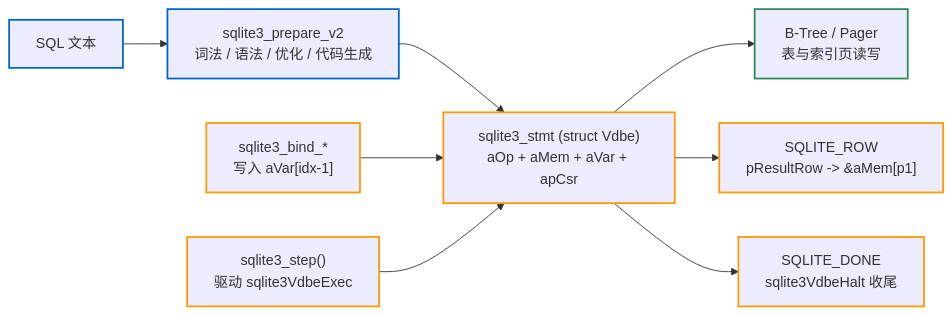
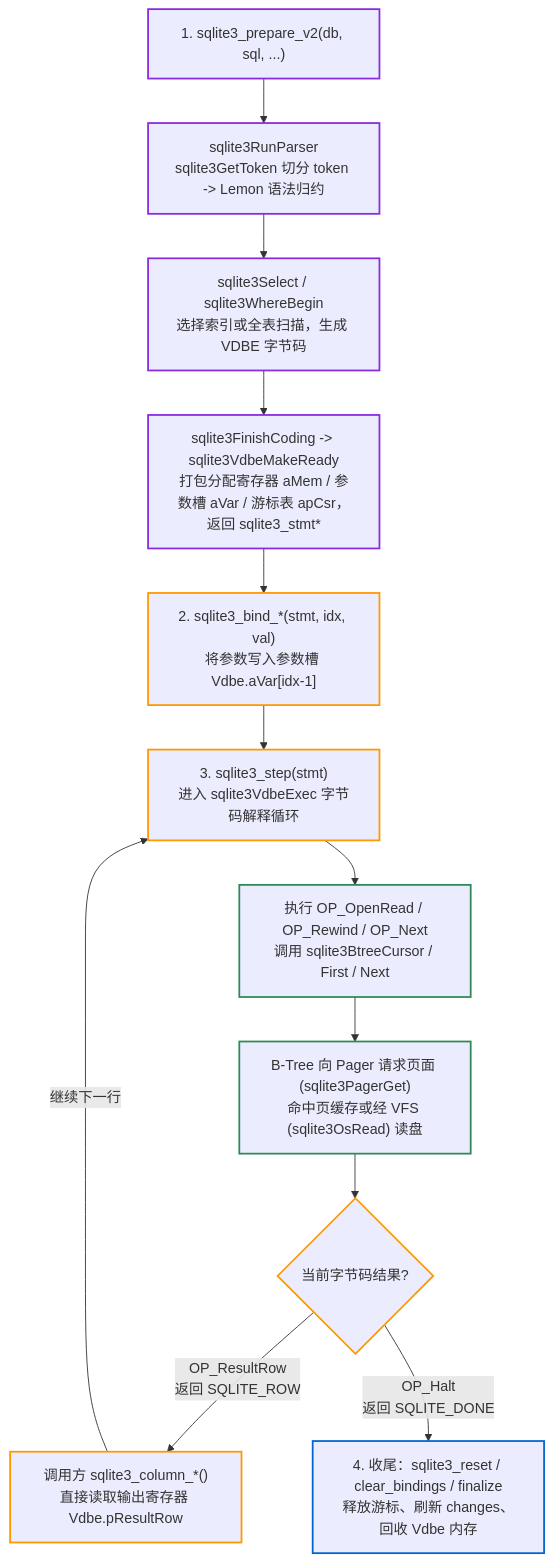
The second of 4 diagrams in devlogs/2026-11-27-sqlite-vdbe-internals.md (jiacai2050/stdgo), drawn with Mermaid before and after one commit. The commit also changed other lines of this file, not shown here.

First line of the commit message:
docs(devlog): expand SQLite query execution deep dive

````diff
--- a/devlogs/2026-11-27-sqlite-vdbe-internals.md
+++ b/devlogs/2026-11-27-sqlite-vdbe-internals.md
@@ -26,18 +91,26 @@
 ```mermaid
-flowchart LR
-    classDef front stroke:#0066cc,stroke-width:2px;
-    classDef vm stroke:#ff9900,stroke-width:2px;
-    classDef storage stroke:#2e8b57,stroke-width:2px;
+flowchart TD
+    classDef phase1 stroke:#8a2be2,stroke-width:2px;
+    classDef phase2 stroke:#ff9900,stroke-width:2px;
+    classDef phase3 stroke:#2e8b57,stroke-width:2px;
+    classDef phase4 stroke:#0066cc,stroke-width:2px;
 
-    SQL["SQL 文本"] --> Prepare["sqlite3_prepare_v2<br/>词法 / 语法 / 优化 / 代码生成"]
-    Prepare --> Vdbe["sqlite3_stmt (struct Vdbe)<br/>aOp + aMem + aVar + apCsr"]
-    Bind["sqlite3_bind_*<br/>写入 aVar[idx-1]"] --> Vdbe
-    Step["sqlite3_step()<br/>驱动 sqlite3VdbeExec"] --> Vdbe
-    Vdbe --> BTree["B-Tree / Pager<br/>表与索引页读写"]
-    Vdbe --> Row["SQLITE_ROW<br/>pResultRow -> &aMem[p1]"]
-    Vdbe --> Done["SQLITE_DONE<br/>sqlite3VdbeHalt 收尾"]
+    P1["1. sqlite3_prepare_v2(db, sql, ...)"] --> P2["sqlite3RunParser<br/>sqlite3GetToken 切分 token -> Lemon 语法归约"]
+    P2 --> P3["sqlite3Select / sqlite3WhereBegin<br/>选择索引或全表扫描，生成 VDBE 字节码"]
+    P3 --> P4["sqlite3FinishCoding -> sqlite3VdbeMakeReady<br/>打包分配寄存器 aMem / 参数槽 aVar / 游标表 apCsr，返回 sqlite3_stmt*"]
 
-    class SQL,Prepare front;
-    class Bind,Step,Vdbe,Row,Done vm;
-    class BTree storage;
+    P4 --> B1["2. sqlite3_bind_*(stmt, idx, val)<br/>将参数写入参数槽 Vdbe.aVar[idx-1]"]
+
+    B1 --> S1["3. sqlite3_step(stmt)<br/>进入 sqlite3VdbeExec 字节码解释循环"]
+    S1 --> S2["执行 OP_OpenRead / OP_Rewind / OP_Next<br/>调用 sqlite3BtreeCursor / First / Next"]
+    S2 --> S3["B-Tree 向 Pager 请求页面 (sqlite3PagerGet)<br/>命中页缓存或经 VFS (sqlite3OsRead) 读盘"]
+    S3 --> S4{"当前字节码结果?"}
+    S4 -->|"OP_ResultRow<br/>返回 SQLITE_ROW"| S5["调用方 sqlite3_column_*()<br/>直接读取输出寄存器 Vdbe.pResultRow"]
+    S5 -->|"继续下一行"| S1
+    S4 -->|"OP_Halt<br/>返回 SQLITE_DONE"| C1["4. 收尾：sqlite3_reset / clear_bindings / finalize<br/>释放游标、刷新 changes、回收 Vdbe 内存"]
+
+    class P1,P2,P3,P4 phase1;
+    class B1,S1,S4,S5 phase2;
+    class S2,S3 phase3;
+    class C1 phase4;
 ```
````
